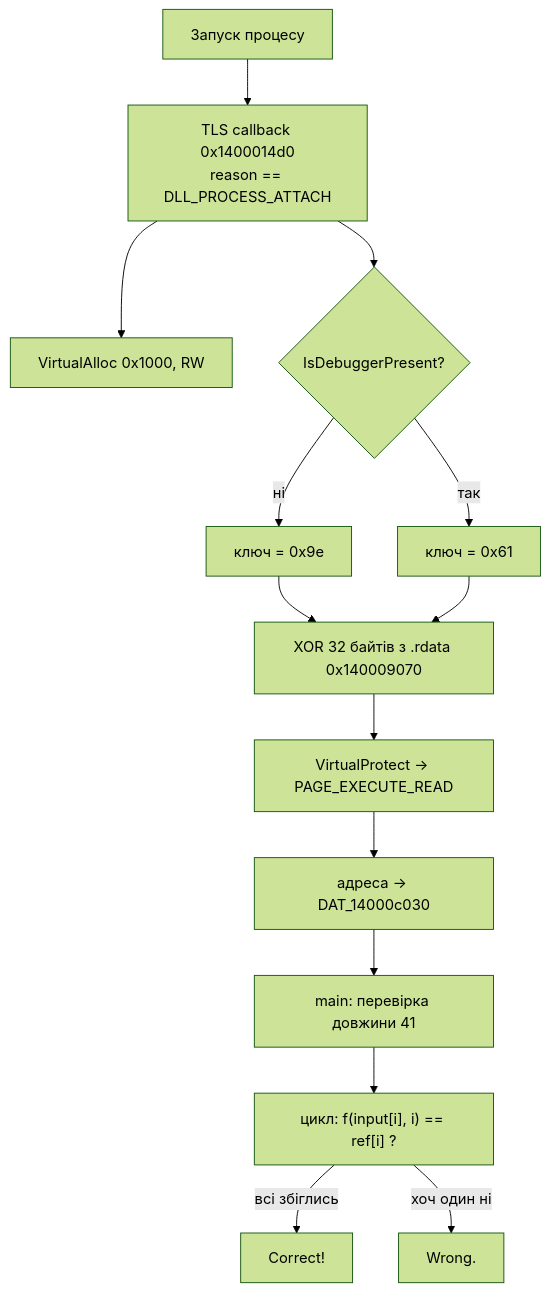
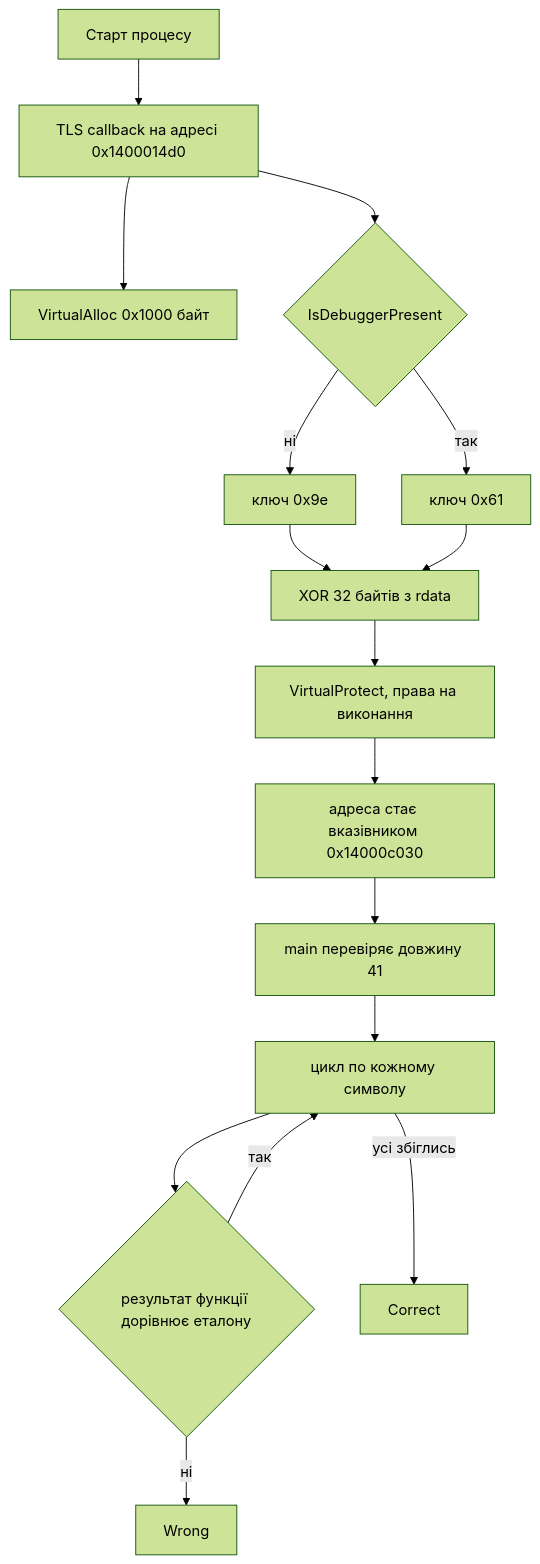
One commit to Systemandorder/kpi2026-ctf-writeups changed the diagram in crackme/README.md. Above: the diagram before and after it, drawn with Mermaid (forest theme). The commit also changed other lines of this file, not shown here.

````diff
--- a/crackme/README.md
+++ b/crackme/README.md
@@ -60,16 +164,18 @@
 ```mermaid
 flowchart TD
-    A["Запуск процесу"] --> B["TLS callback 0x1400014d0<br/>reason == DLL_PROCESS_ATTACH"]
-    B --> C["VirtualAlloc 0x1000, RW"]
-    B --> D{"IsDebuggerPresent?"}
-    D -- ні --> E["ключ = 0x9e"]
-    D -- так --> F["ключ = 0x61"]
-    E --> G["XOR 32 байтів з .rdata 0x140009070"]
+    A[Старт процесу] --> B[TLS callback на адресі 0x1400014d0]
+    B --> C[VirtualAlloc 0x1000 байт]
+    B --> D{IsDebuggerPresent}
+    D -- ні --> E[ключ 0x9e]
+    D -- так --> F[ключ 0x61]
+    E --> G[XOR 32 байтів з rdata]
     F --> G
-    G --> H["VirtualProtect → PAGE_EXECUTE_READ"]
-    H --> I["адреса → DAT_14000c030"]
-    I --> J["main: перевірка довжини 41"]
-    J --> K["цикл: f(input[i], i) == ref[i] ?"]
-    K -- всі збіглись --> L["Correct!"]
-    K -- хоч один ні --> M["Wrong."]
+    G --> H[VirtualProtect, права на виконання]
+    H --> I[адреса стає вказівником 0x14000c030]
+    I --> J[main перевіряє довжину 41]
+    J --> K[цикл по кожному символу]
+    K --> L{результат функції дорівнює еталону}
+    L -- ні --> W[Wrong]
+    L -- так --> K
+    K -- усі збіглись --> OK[Correct]
 ```
````
